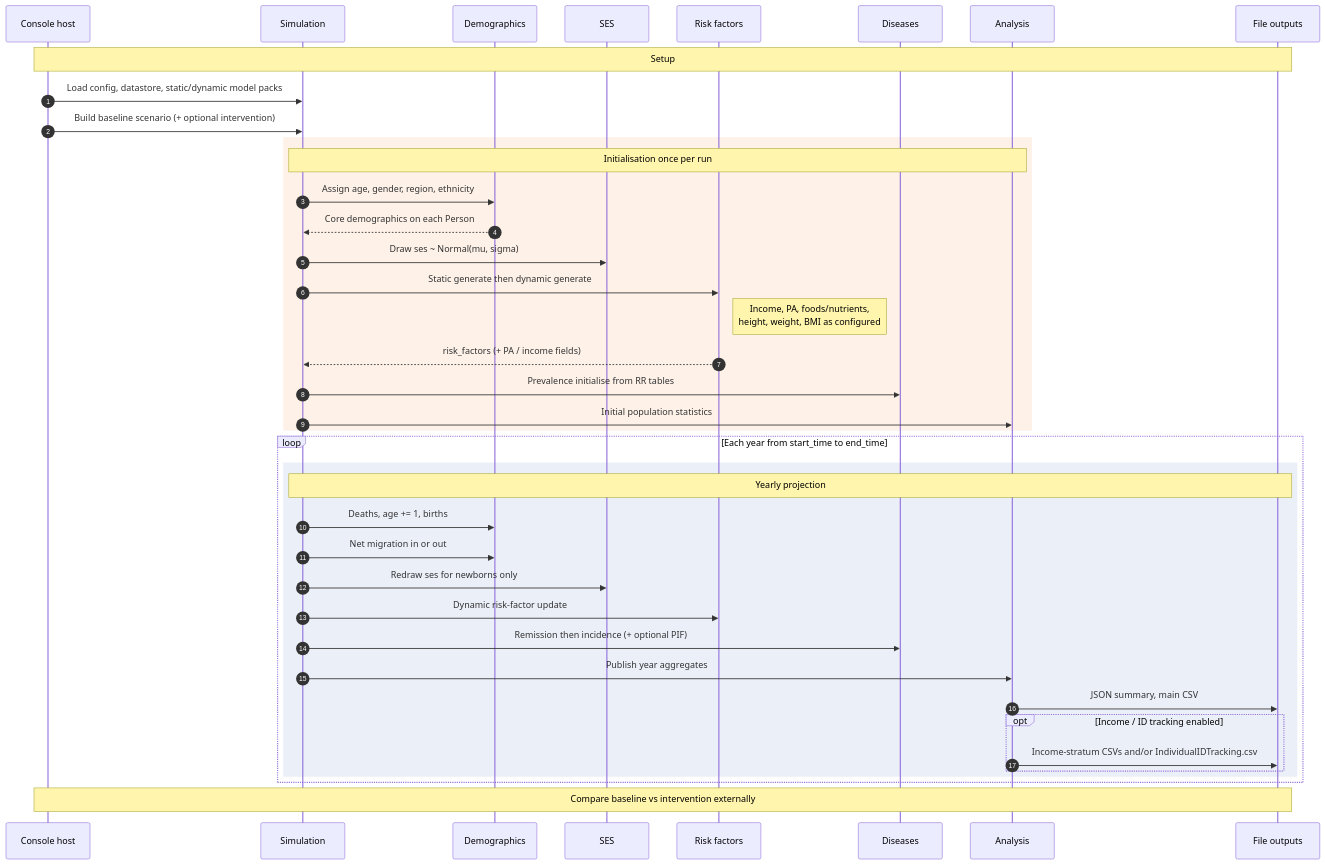
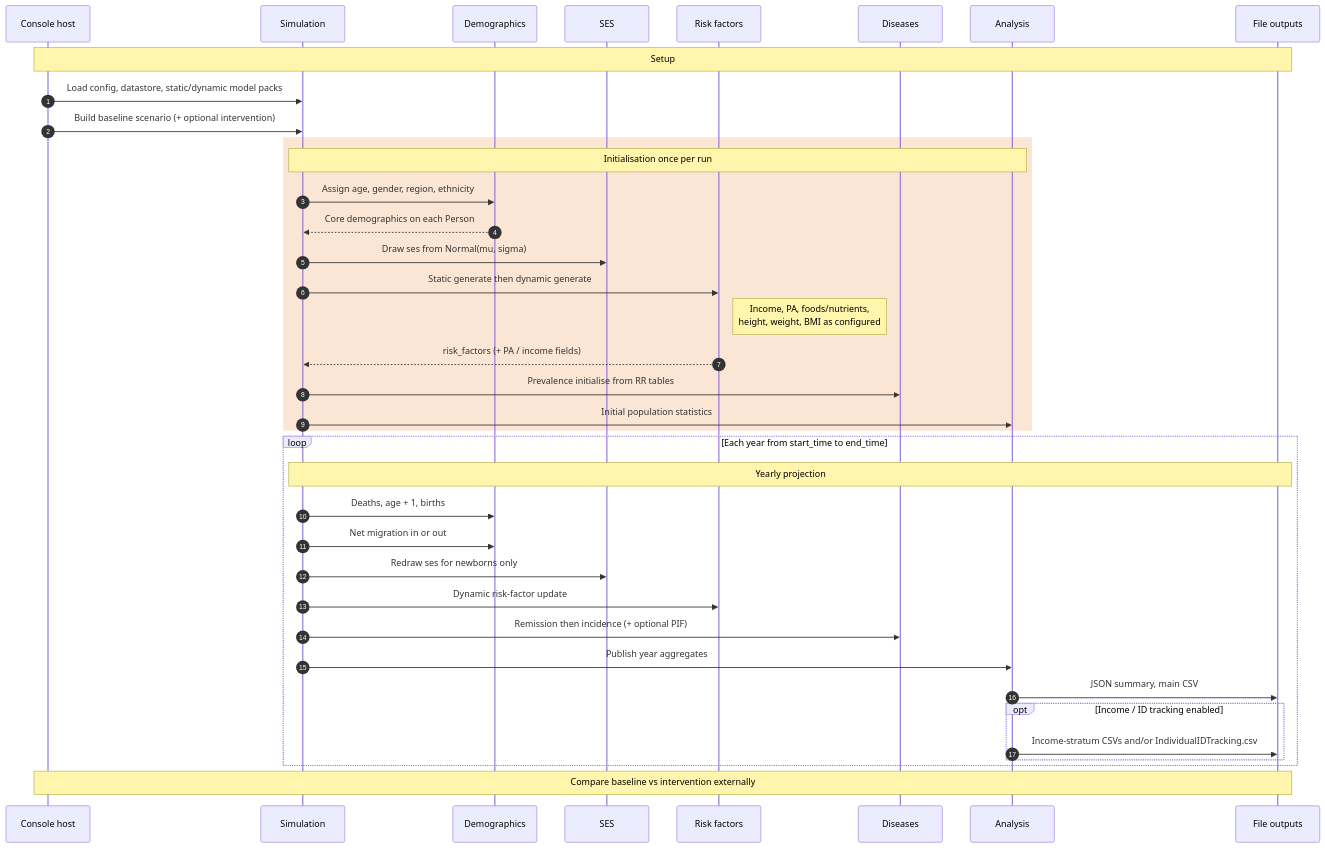
The third of 3 diagrams in documentation/index.md (imperialCHEPI/healthgps), drawn with Mermaid before and after one commit. The commit also changed other lines of this file, not shown here.

````diff
--- a/documentation/index.md
+++ b/documentation/index.md
@@ -233,46 +229,44 @@
 ```mermaid
 sequenceDiagram
     autonumber
     participant Host as Console host
     participant Sim as Simulation
     participant Demo as Demographics
     participant SES as SES
     participant RF as Risk factors
     participant Dis as Diseases
     participant Ana as Analysis
     participant Out as File outputs
 
     Note over Host,Out: Setup
     Host->>Sim: Load config, datastore, static/dynamic model packs
     Host->>Sim: Build baseline scenario (+ optional intervention)
 
-    rect rgba(251, 229, 213, 0.55)
+    rect rgb(251, 229, 213)
         Note over Sim,Ana: Initialisation once per run
         Sim->>Demo: Assign age, gender, region, ethnicity
         Demo-->>Sim: Core demographics on each Person
-        Sim->>SES: Draw ses ~ Normal(mu, sigma)
+        Sim->>SES: Draw ses from Normal(mu, sigma)
         Sim->>RF: Static generate then dynamic generate
         Note right of RF: Income, PA, foods/nutrients,<br/>height, weight, BMI as configured
         RF-->>Sim: risk_factors (+ PA / income fields)
         Sim->>Dis: Prevalence initialise from RR tables
         Sim->>Ana: Initial population statistics
     end
 
     loop Each year from start_time to end_time
-        rect rgba(218, 226, 243, 0.55)
-            Note over Sim,Out: Yearly projection
-            Sim->>Demo: Deaths, age += 1, births
-            Sim->>Demo: Net migration in or out
-            Sim->>SES: Redraw ses for newborns only
-            Sim->>RF: Dynamic risk-factor update
-            Sim->>Dis: Remission then incidence (+ optional PIF)
-            Sim->>Ana: Publish year aggregates
-            Ana->>Out: JSON summary, main CSV
-            opt Income / ID tracking enabled
-                Ana->>Out: Income-stratum CSVs and/or IndividualIDTracking.csv
-            end
+        Note over Sim,Out: Yearly projection
+        Sim->>Demo: Deaths, age + 1, births
+        Sim->>Demo: Net migration in or out
+        Sim->>SES: Redraw ses for newborns only
+        Sim->>RF: Dynamic risk-factor update
+        Sim->>Dis: Remission then incidence (+ optional PIF)
+        Sim->>Ana: Publish year aggregates
+        Ana->>Out: JSON summary, main CSV
+        opt Income / ID tracking enabled
+            Ana->>Out: Income-stratum CSVs and/or IndividualIDTracking.csv
         end
     end
 
     Note over Host,Out: Compare baseline vs intervention externally
 ```
````
